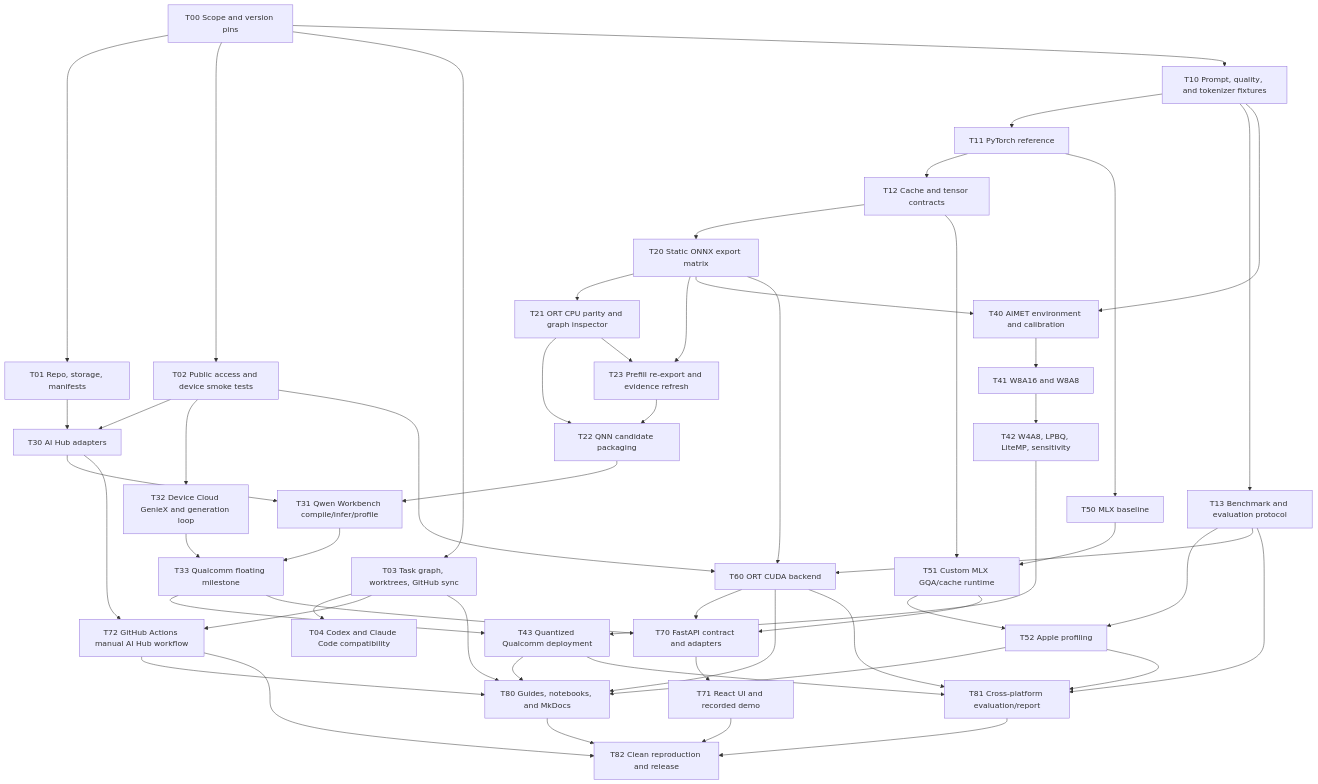
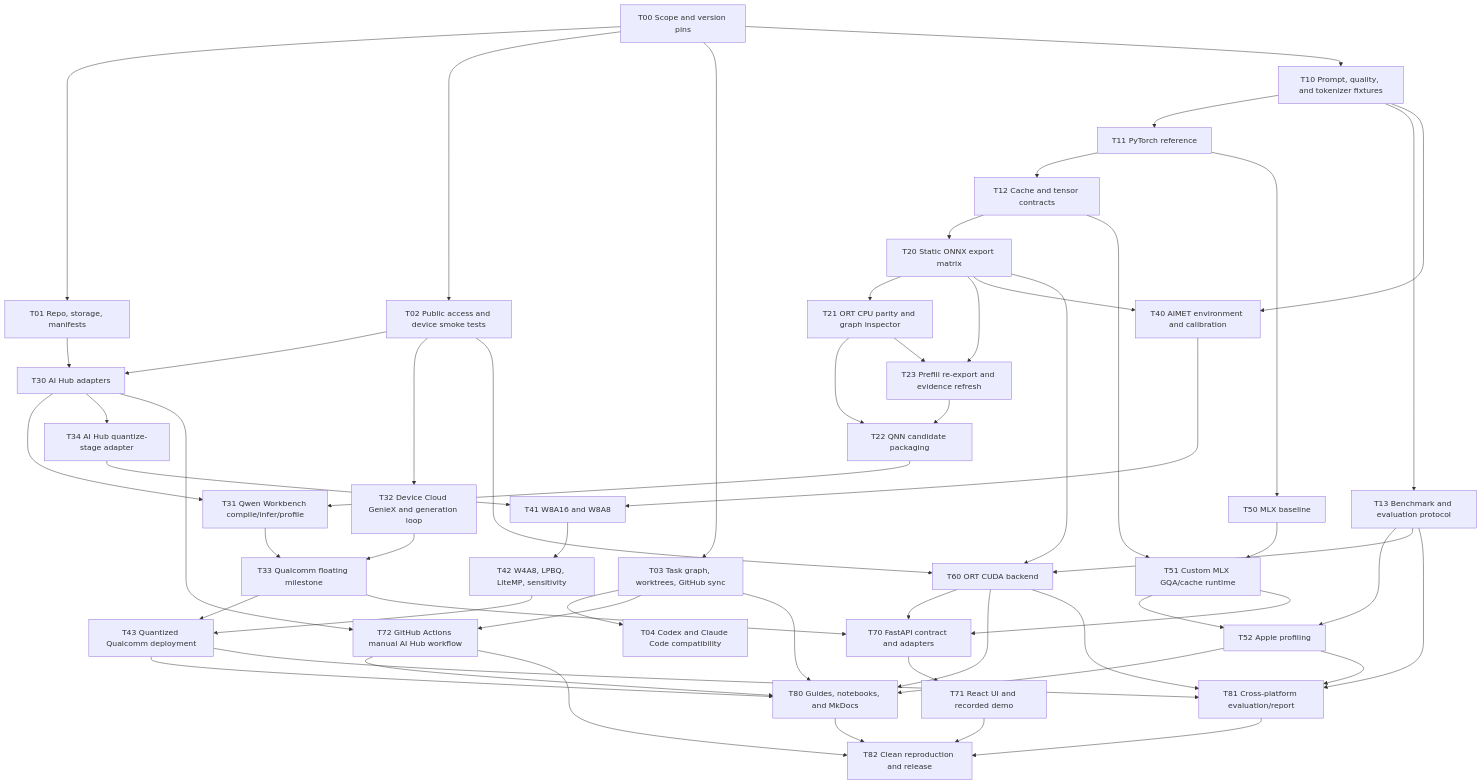
Before and after one commit to chayut-t/slm-deployment-lab: the diagram in docs/project/plan.md, drawn with Mermaid. The commit also changed other lines of this file and 6 other files, not shown here.

First line of the commit message:
Create T34 for the AI Hub quantize-stage adapter

```diff
--- a/docs/project/plan.md
+++ b/docs/project/plan.md
@@ -852,6 +852,7 @@
     T31["T31 Qwen Workbench compile/infer/profile"]
     T32["T32 Device Cloud GenieX and generation loop"]
     T33["T33 Qualcomm floating milestone"]
+    T34["T34 AI Hub quantize-stage adapter"]
 
     T40["T40 AIMET environment and calibration"]
     T41["T41 W8A16 and W8A8"]
@@ -894,10 +895,12 @@
     T02 --> T32
     T31 --> T33
     T32 --> T33
+    T30 --> T34
 
     T10 --> T40
     T20 --> T40
     T40 --> T41
+    T34 --> T41
     T41 --> T42
     T33 --> T43
     T42 --> T43
```
